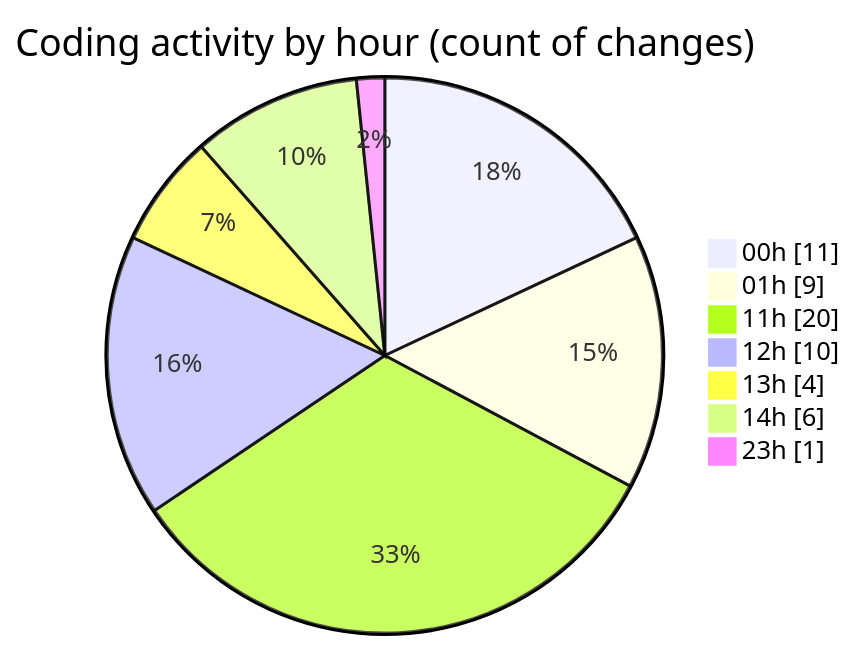
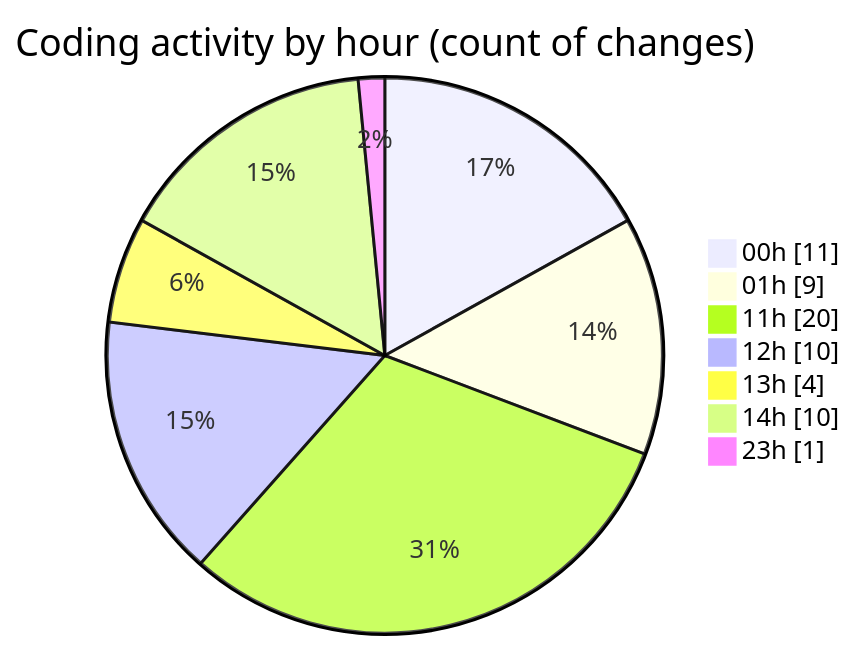
One commit to lephambinh05/code-tracking changed the second of 2 diagrams in 2025-07-18/nhahang/README.md. Above: the diagram before and after it, drawn with Mermaid. The commit also changed other lines of this file and 1 other file, not shown here.

````diff
--- a/2025-07-18/nhahang/README.md
+++ b/2025-07-18/nhahang/README.md
@@ -49,11 +50,11 @@
 ```mermaid
 pie showData
 title Coding activity by hour (count of changes)
 "00h" : 11
 "01h" : 9
 "11h" : 20
 "12h" : 10
 "13h" : 4
-"14h" : 6
+"14h" : 10
 "23h" : 1
 ```
````
